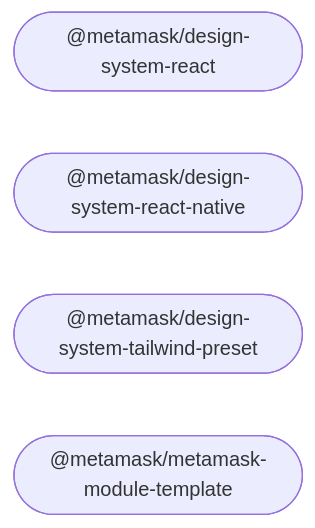
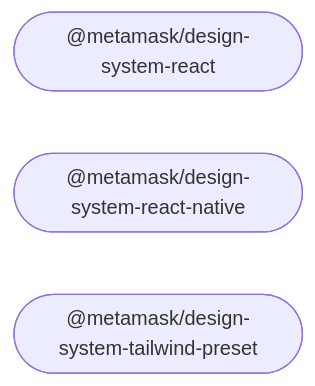
Before and after one commit to georgewrmarshall/metamask-design-system: the diagram in README.md, drawn with Mermaid. The commit also changed other lines of this file and 15 other files, not shown here.

First line of the commit message:
chore: removing metamask-module-template and references (#78)

````diff
--- a/README.md
+++ b/README.md
@@ -22,9 +21,8 @@
 ```mermaid
 %%{ init: { 'flowchart': { 'curve': 'bumpX' } } }%%
 graph LR;
 linkStyle default opacity:0.5
   design_system_react(["@metamask/design-system-react"]);
   design_system_react_native(["@metamask/design-system-react-native"]);
   design_system_tailwind_preset(["@metamask/design-system-tailwind-preset"]);
-  metamask_module_template(["@metamask/metamask-module-template"]);
 ```
````
